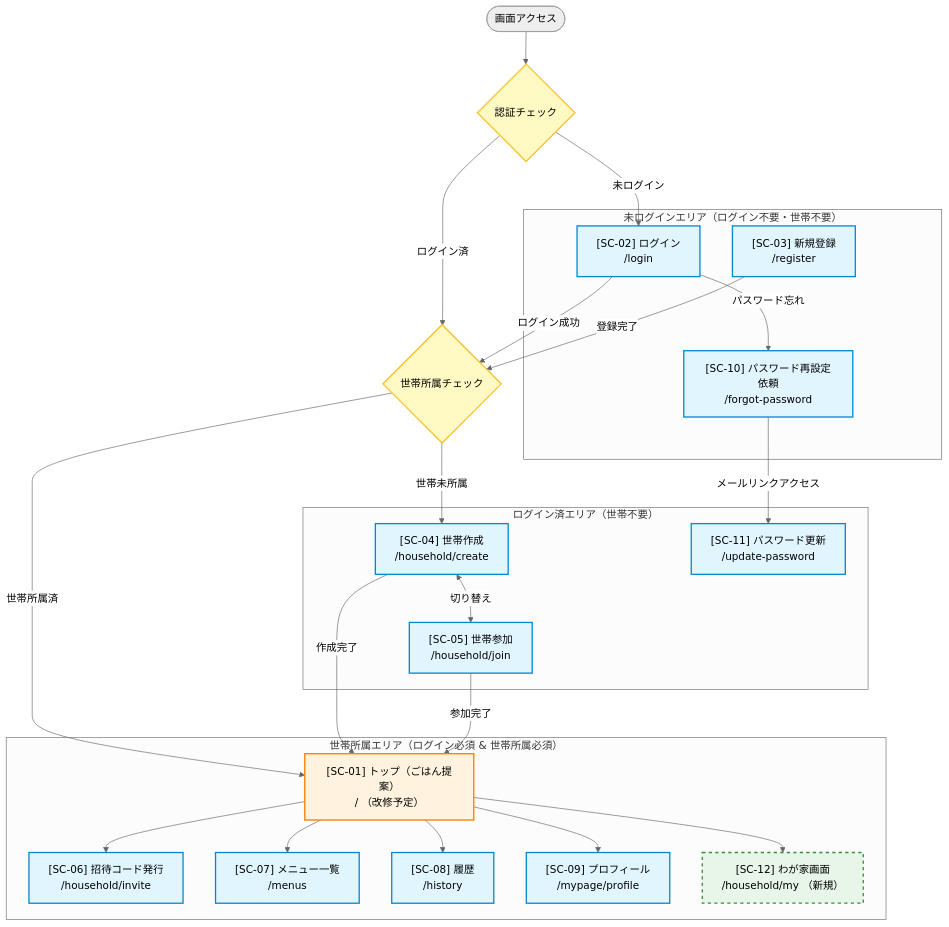
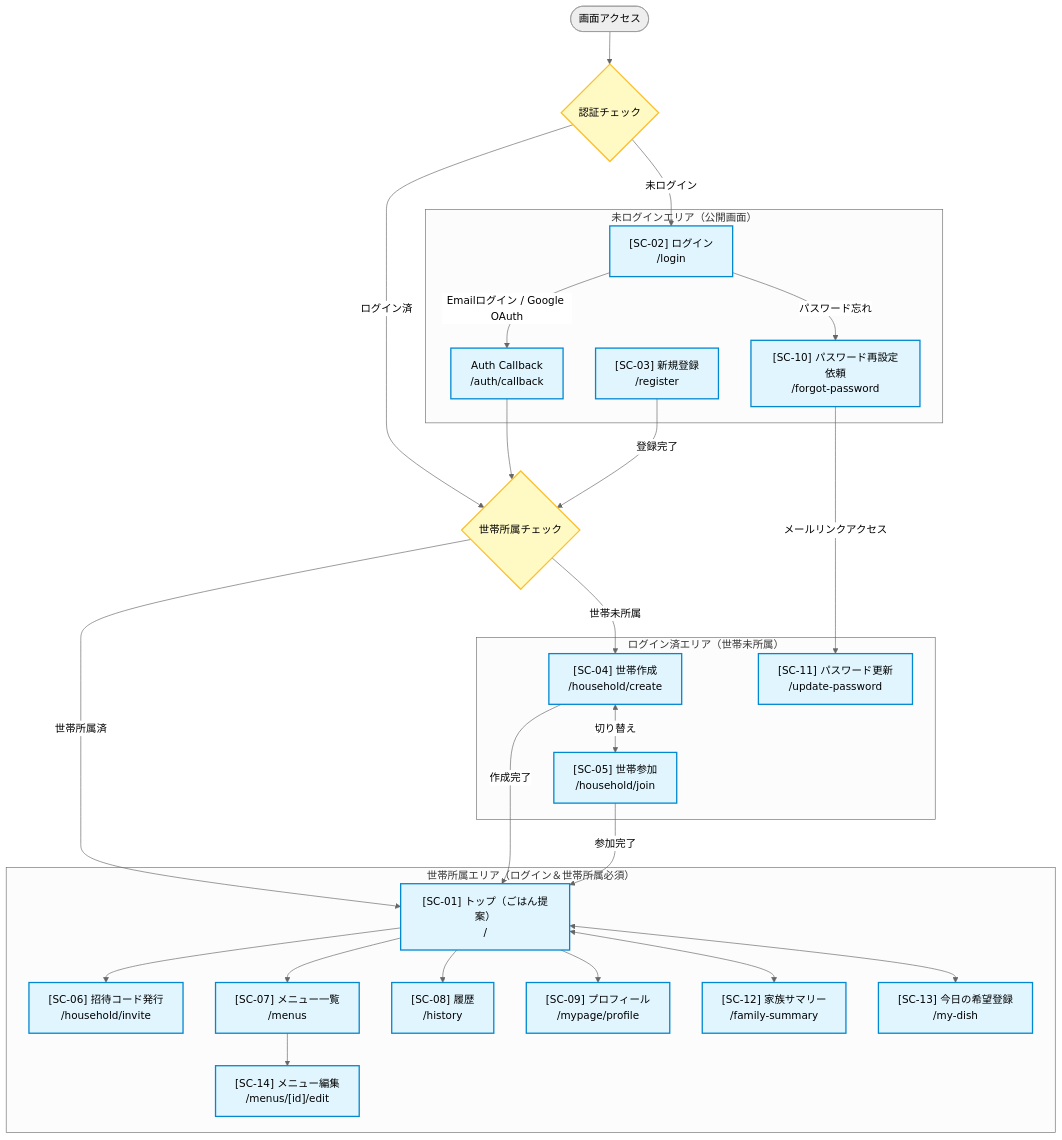
The diagram in docs/01_画面フロー図_gohan-nandemoii-v2.md (hooriir/gohan-nandemoii-v2), drawn with Mermaid (neutral theme) before and after one commit. The commit also changed other lines of this file and 13 other files, not shown here.

````diff
--- a/docs/01_画面フロー図_gohan-nandemoii-v2.md
+++ b/docs/01_画面フロー図_gohan-nandemoii-v2.md
@@ -51,63 +61,67 @@
 ```mermaid
 flowchart TD
     %% スタイル定義
     classDef implemented fill:#e1f5fe,stroke:#0288d1,stroke-width:2px;
-    classDef toBeModified fill:#fff3e0,stroke:#f57c00,stroke-width:2px;
-    classDef newScreen fill:#e8f5e9,stroke:#388e3c,stroke-width:2px,stroke-dasharray: 5 5;
     classDef decision fill:#fff9c4,stroke:#fbc02d,stroke-width:2px;
 
     %% 未ログインエリア
-    subgraph PublicArea["未ログインエリア（ログイン不要・世帯不要）"]
+    subgraph PublicArea["未ログインエリア（公開画面）"]
         SC02["[SC-02] ログイン<br/>/login"]:::implemented
         SC03["[SC-03] 新規登録<br/>/register"]:::implemented
         SC10["[SC-10] パスワード再設定依頼<br/>/forgot-password"]:::implemented
+        AUTH_CB["Auth Callback<br/>/auth/callback"]:::implemented
     end
 
     %% ログイン済・世帯未所属エリア
-    subgraph AuthOnlyArea["ログイン済エリア（世帯不要）"]
+    subgraph AuthOnlyArea["ログイン済エリア（世帯未所属）"]
         SC04["[SC-04] 世帯作成<br/>/household/create"]:::implemented
         SC05["[SC-05] 世帯参加<br/>/household/join"]:::implemented
         SC11["[SC-11] パスワード更新<br/>/update-password"]:::implemented
     end
 
     %% ログイン済・世帯所属エリア
-    subgraph HouseholdArea["世帯所属エリア（ログイン必須 & 世帯所属必須）"]
-        SC01["[SC-01] トップ（ごはん提案）<br/>/ （改修予定）"]:::toBeModified
+    subgraph HouseholdArea["世帯所属エリア（ログイン＆世帯所属必須）"]
+        SC01["[SC-01] トップ（ごはん提案）<br/>/"]:::implemented
         SC06["[SC-06] 招待コード発行<br/>/household/invite"]:::implemented
         SC07["[SC-07] メニュー一覧<br/>/menus"]:::implemented
         SC08["[SC-08] 履歴<br/>/history"]:::implemented
         SC09["[SC-09] プロフィール<br/>/mypage/profile"]:::implemented
-        SC12["[SC-12] わが家画面<br/>/household/my （新規）"]:::newScreen
+        SC12["[SC-12] 家族サマリー<br/>/family-summary"]:::implemented
+        SC13["[SC-13] 今日の希望登録<br/>/my-dish"]:::implemented
+        SC14["[SC-14] メニュー編集<br/>/menus/[id]/edit"]:::implemented
     end
 
     %% 判定ロジック
     CheckAuth{"認証チェック"}:::decision
     CheckHousehold{"世帯所属チェック"}:::decision
 
     %% エントリーポイント・ガード分岐
     Start([画面アクセス]) --> CheckAuth
 
     CheckAuth -->|未ログイン| SC02
     CheckAuth -->|ログイン済| CheckHousehold
 
     CheckHousehold -->|世帯未所属| SC04
     CheckHousehold -->|世帯所属済| SC01
 
     %% アカウント認証フロー
-    SC02 -->|ログイン成功| CheckHousehold
+    SC02 -->|Emailログイン / Google OAuth| AUTH_CB
+    AUTH_CB --> CheckHousehold
     SC02 -->|パスワード忘れ| SC10
     SC03 -->|登録完了| CheckHousehold
     SC10 -->|メールリンクアクセス| SC11
 
     %% 世帯セットアップフロー
     SC04 <-->|切り替え| SC05
     SC04 -->|作成完了| SC01
     SC05 -->|参加完了| SC01
 
     %% メイン機能間の遷移
+    SC01 <--> SC12
+    SC01 <--> SC13
     SC01 --> SC06
     SC01 --> SC07
     SC01 --> SC08
     SC01 --> SC09
-    SC01 --> SC12
+    SC07 --> SC14
 ```
````
